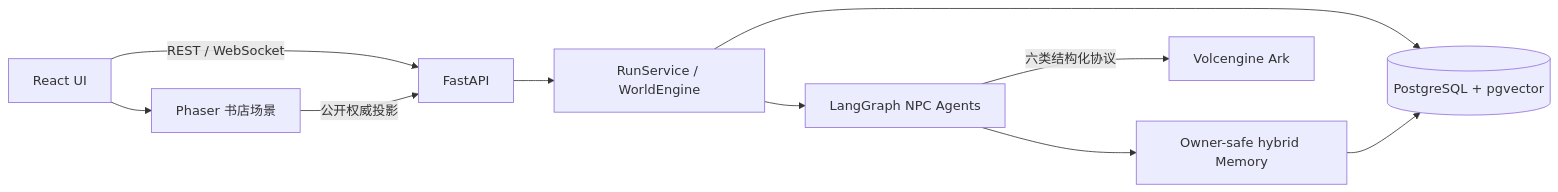
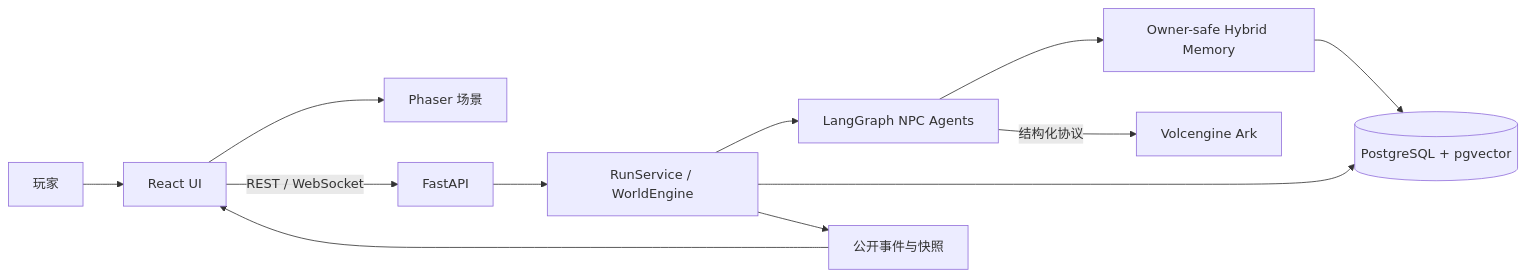
The diagram in README.md (ll555yy/qinghuai-agent-world), drawn with Mermaid before and after one commit. The commit also changed other lines of this file and 78 other files, not shown here.

````diff
--- a/README.md
+++ b/README.md
@@ -22,12 +124,14 @@
 ```mermaid
 flowchart LR
-    UI[React UI] --> Phaser[Phaser 书店场景]
+    Player[玩家] --> UI[React UI]
+    UI --> Scene[Phaser 场景]
     UI -->|REST / WebSocket| API[FastAPI]
-    Phaser -->|公开权威投影| API
     API --> Service[RunService / WorldEngine]
     Service --> Graph[LangGraph NPC Agents]
-    Graph --> Memory[Owner-safe hybrid Memory]
-    Service --> DB[(PostgreSQL + pgvector)]
-    Memory --> DB
-    Graph -->|六类结构化协议| Ark[Volcengine Ark]
+    Graph --> Memory[Owner-safe Hybrid Memory]
+    Memory --> DB[(PostgreSQL + pgvector)]
+    Service --> DB
+    Graph -->|结构化协议| Model[Volcengine Ark]
+    Service --> Projection[公开事件与快照]
+    Projection --> UI
 ```
````
